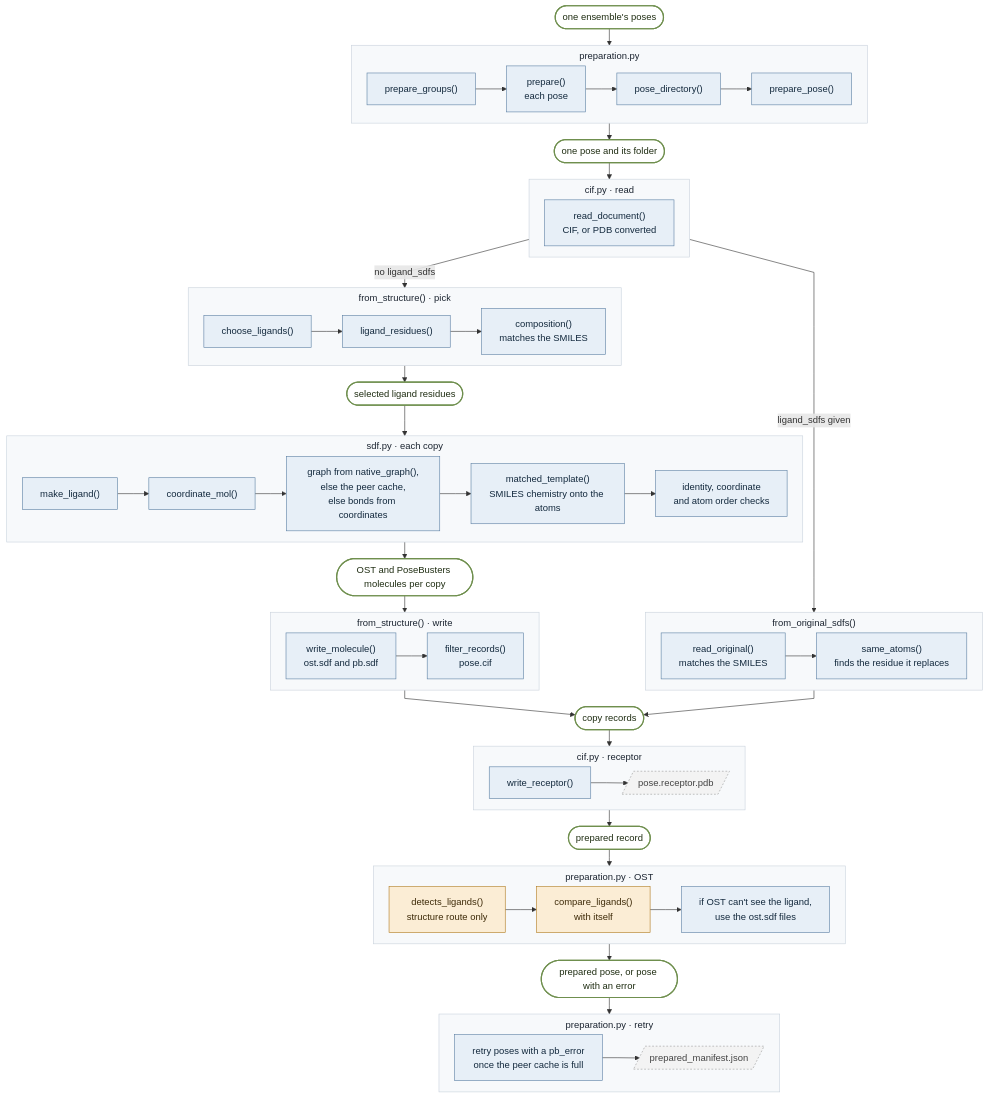
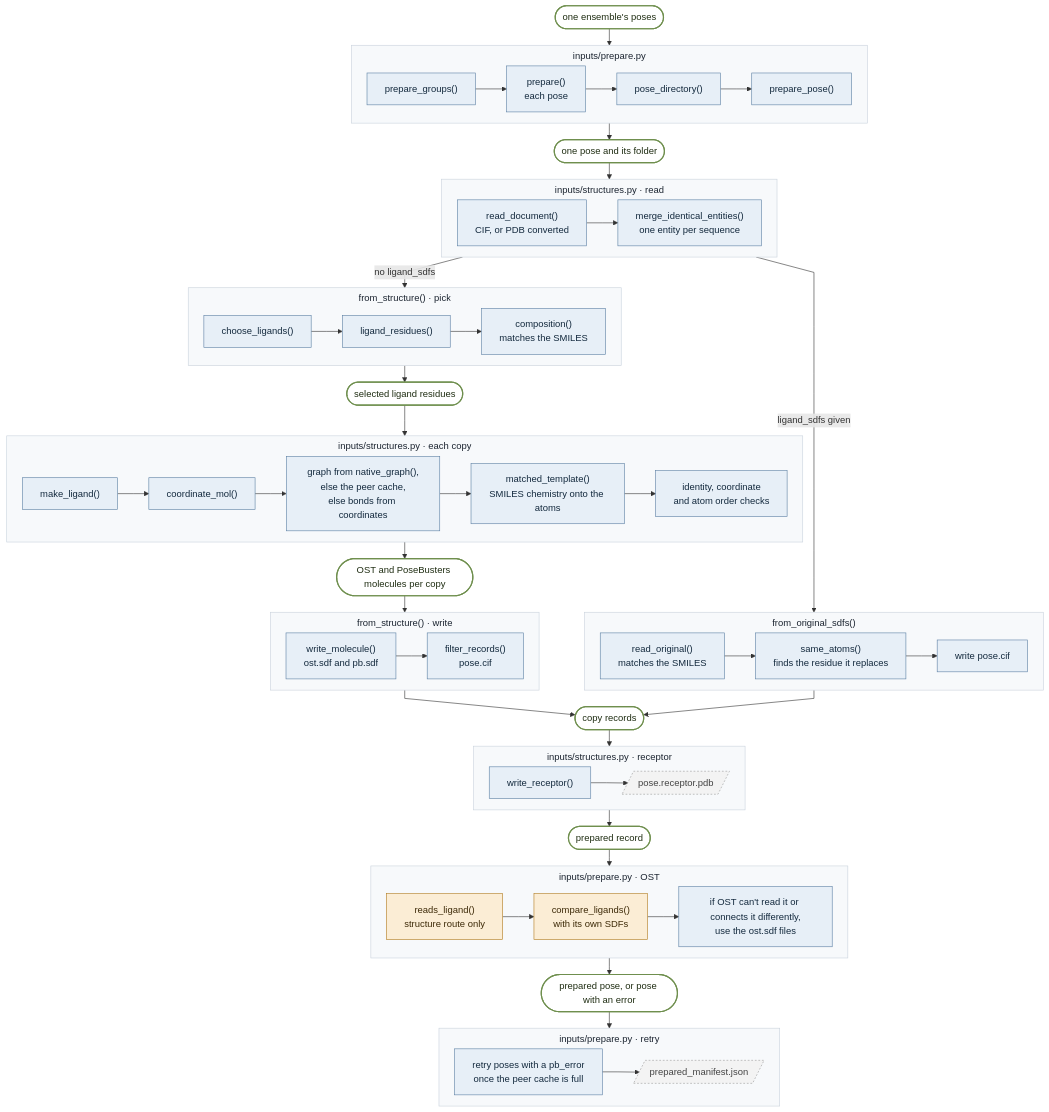
The third of 9 diagrams in docs/code-map.md (James-Broster/core-score), drawn with Mermaid before and after one commit. The commit also changed other lines of this file and 47 other files, not shown here.

````diff
--- a/docs/code-map.md
+++ b/docs/code-map.md
@@ -128,71 +131,71 @@
 ```mermaid
 %%{init: {"flowchart": {"curve": "linear", "nodeSpacing": 18, "rankSpacing": 28, "subGraphTitleMargin": {"top": 6, "bottom": 10}}}}%%
 flowchart TB
     classDef fn fill:#e7eff7,stroke:#5b7fa3,color:#13293d
     classDef ost fill:#fbedd5,stroke:#b07a1e,color:#3d2a08
     classDef data fill:#ffffff,stroke:#6f8f4e,color:#1f2d12,stroke-width:2px
     classDef file fill:#f3f3f3,stroke:#9a9a9a,color:#444,stroke-dasharray:3 3
     classDef stage fill:#f7f9fb,stroke:#c9d2dc,color:#1b2430
 
     start(["one ensemble's poses"]):::data
 
-    subgraph P1["preparation.py"]
+    subgraph P1["inputs/prepare.py"]
         direction LR
         a1["prepare_groups()"]:::fn --> a2["prepare()<br/>each pose"]:::fn --> a3["pose_directory()"]:::fn --> a4["prepare_pose()"]:::fn
     end
     d1(["one pose and its folder"]):::data
 
-    subgraph P2["cif.py · read"]
+    subgraph P2["inputs/structures.py · read"]
         direction LR
-        b1["read_document()<br/>CIF, or PDB converted"]:::fn
+        b1["read_document()<br/>CIF, or PDB converted"]:::fn --> b2["merge_identical_entities()<br/>one entity per sequence"]:::fn
     end
 
     subgraph P3["from_structure() · pick"]
         direction LR
         c1["choose_ligands()"]:::fn --> c2["ligand_residues()"]:::fn --> c3["composition()<br/>matches the SMILES"]:::fn
     end
     d3(["selected ligand residues"]):::data
 
-    subgraph P4["sdf.py · each copy"]
+    subgraph P4["inputs/structures.py · each copy"]
         direction LR
         m1["make_ligand()"]:::fn --> m2["coordinate_mol()"]:::fn --> m3["graph from native_graph(),<br/>else the peer cache,<br/>else bonds from coordinates"]:::fn --> m4["matched_template()<br/>SMILES chemistry onto the atoms"]:::fn --> m5["identity, coordinate<br/>and atom order checks"]:::fn
     end
     d4(["OST and PoseBusters molecules per copy"]):::data
 
     subgraph P5["from_structure() · write"]
         direction LR
         w1["write_molecule()<br/>ost.sdf and pb.sdf"]:::fn --> w2["filter_records()<br/>pose.cif"]:::fn
     end
 
     subgraph P6["from_original_sdfs()"]
         direction LR
-        o1["read_original()<br/>matches the SMILES"]:::fn --> o2["same_atoms()<br/>finds the residue it replaces"]:::fn
+        o1["read_original()<br/>matches the SMILES"]:::fn --> o2["same_atoms()<br/>finds the residue it replaces"]:::fn --> o3["write pose.cif"]:::fn
     end
     d5(["copy records"]):::data
 
-    subgraph P7["cif.py · receptor"]
+    subgraph P7["inputs/structures.py · receptor"]
         direction LR
         r1["write_receptor()"]:::fn --> r2[/"pose.receptor.pdb"/]:::file
     end
     d6(["prepared record"]):::data
 
-    subgraph P8["preparation.py · OST"]
+    subgraph P8["inputs/prepare.py · OST"]
         direction LR
-        t1["detects_ligands()<br/>structure route only"]:::ost --> t2["compare_ligands()<br/>with itself"]:::ost --> t3["if OST can't see the ligand,<br/>use the ost.sdf files"]:::fn
+        t1["reads_ligand()<br/>structure route only"]:::ost --> t2["compare_ligands()<br/>with its own SDFs"]:::ost --> t3["if OST can't read it or connects it differently,<br/>use the ost.sdf files"]:::fn
     end
     d7(["prepared pose, or pose with an error"]):::data
 
-    subgraph P9["preparation.py · retry"]
+    subgraph P9["inputs/prepare.py · retry"]
         direction LR
         f1["retry poses with a pb_error<br/>once the peer cache is full"]:::fn --> f2[/"prepared_manifest.json"/]:::file
     end
 
     start --> P1 --> d1 --> P2
     P2 -->|"no ligand_sdfs"| P3
     P2 -->|"ligand_sdfs given"| P6
     P3 --> d3 --> P4 --> d4 --> P5 --> d5
     P6 --> d5
     d5 --> P7 --> d6 --> P8 --> d7 --> P9
 
     class P1,P2,P3,P4,P5,P6,P7,P8,P9 stage
 ```
````
